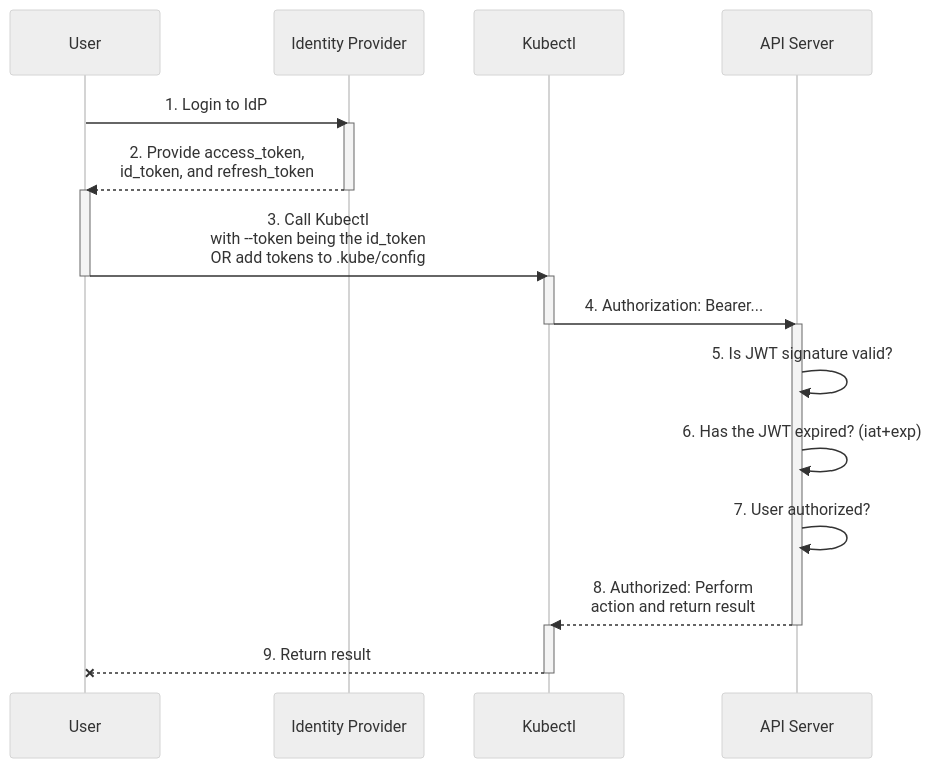
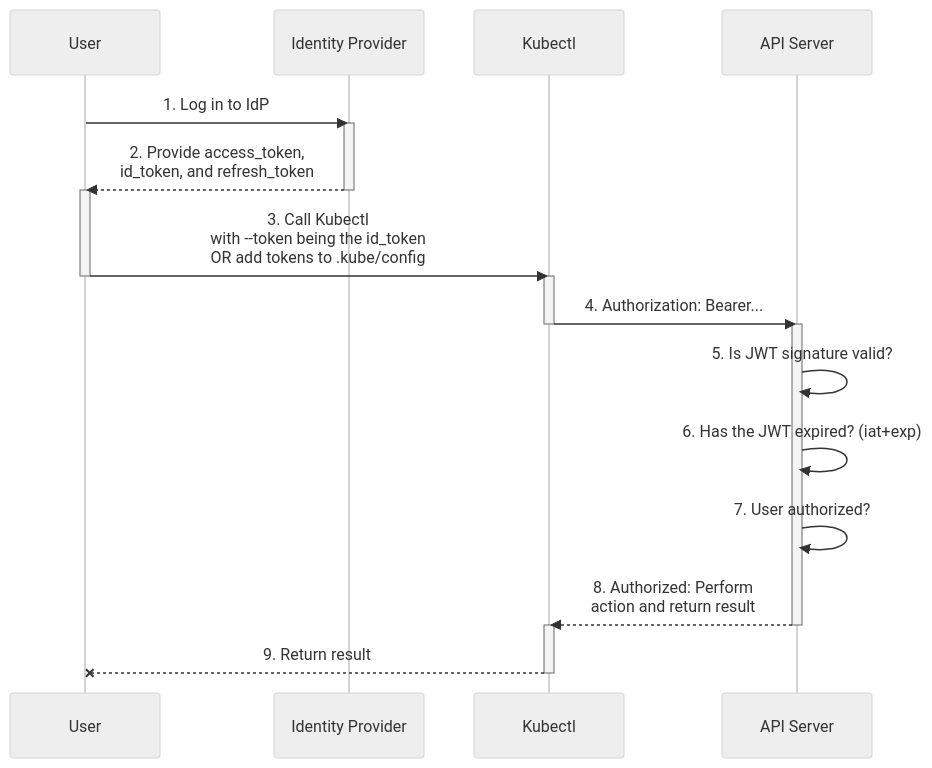
One commit to KimSJ15/kubernetes_website changed the diagram in content/en/docs/reference/access-authn-authz/authentication.md. Above: the diagram before and after it, drawn with Mermaid (neutral theme). The commit also changed other lines of this file, not shown here.

```diff
--- a/content/en/docs/reference/access-authn-authz/authentication.md
+++ b/content/en/docs/reference/access-authn-authz/authentication.md
@@ -263,27 +264,27 @@
 {{< mermaid >}}
 sequenceDiagram
     participant user as User
     participant idp as Identity Provider
     participant kube as Kubectl
     participant api as API Server
 
-    user ->> idp: 1. Login to IdP
+    user ->> idp: 1. Log in to IdP
     activate idp
     idp -->> user: 2. Provide access_token,<br>id_token, and refresh_token
     deactivate idp
     activate user
     user ->> kube: 3. Call Kubectl<br>with --token being the id_token<br>OR add tokens to .kube/config
     deactivate user
     activate kube
     kube ->> api: 4. Authorization: Bearer...
     deactivate kube
     activate api
     api ->> api: 5. Is JWT signature valid?
     api ->> api: 6. Has the JWT expired? (iat+exp)
     api ->> api: 7. User authorized?
     api -->> kube: 8. Authorized: Perform<br>action and return result
     deactivate api
     activate kube
     kube --x user: 9. Return result
     deactivate kube
 {{< /mermaid >}}
```
